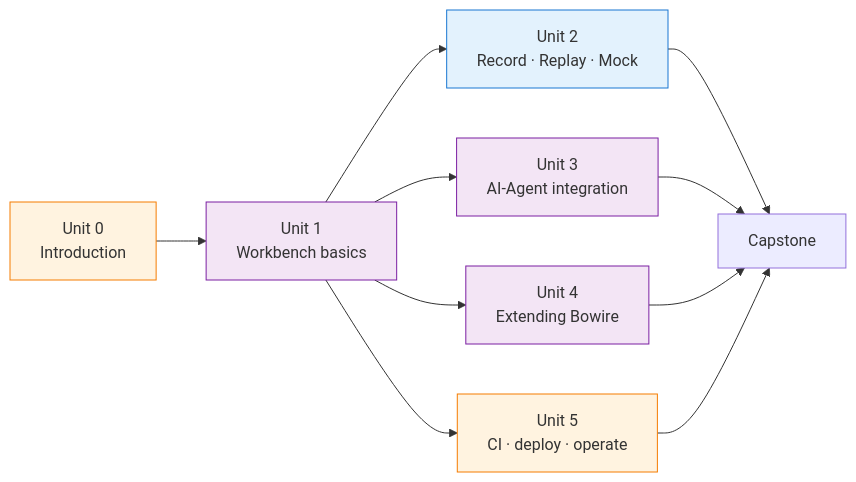
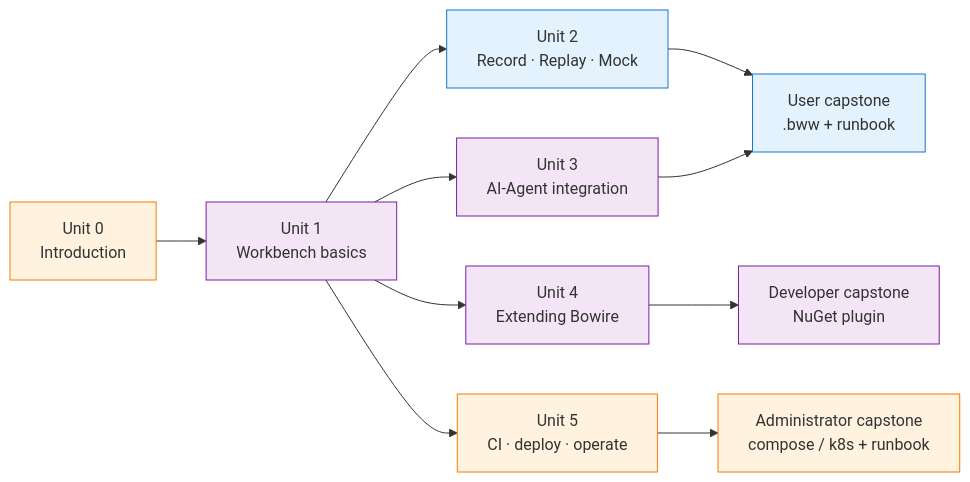
The diagram in audits/2026-06-30-v21-and-purpose-paths-audit.md (Kuestenlogik/Bowire.Bootcamp), drawn with Mermaid before and after one commit. The commit also changed other lines of this file, not shown here.

````diff
--- a/audits/2026-06-30-v21-and-purpose-paths-audit.md
+++ b/audits/2026-06-30-v21-and-purpose-paths-audit.md
@@ -220,19 +281,19 @@
 ```mermaid
 graph LR
     U0[Unit 0<br/>Introduction] --> U1[Unit 1<br/>Workbench basics]
     U1 --> U2[Unit 2<br/>Record · Replay · Mock]
     U1 --> U3[Unit 3<br/>AI-Agent integration]
     U1 --> U4[Unit 4<br/>Extending Bowire]
     U1 --> U5[Unit 5<br/>CI · deploy · operate]
-    U2 --> CAP[Capstone]
-    U3 --> CAP
-    U4 --> CAP
-    U5 --> CAP
+    U2 --> CAP_U[User capstone<br/>.bww + runbook]
+    U3 --> CAP_U
+    U4 --> CAP_D[Developer capstone<br/>NuGet plugin]
+    U5 --> CAP_A[Administrator capstone<br/>compose / k8s + runbook]
 
     classDef user fill:#e3f2fd,stroke:#1976d2
     classDef dev  fill:#f3e5f5,stroke:#7b1fa2
     classDef adm  fill:#fff3e0,stroke:#f57c00
-    class U0,U1,U2,U3 user
-    class U0,U1,U3,U4 dev
-    class U0,U5 adm
+    class U0,U1,U2,U3,CAP_U user
+    class U0,U1,U3,U4,CAP_D dev
+    class U0,U5,CAP_A adm
 ```
````
